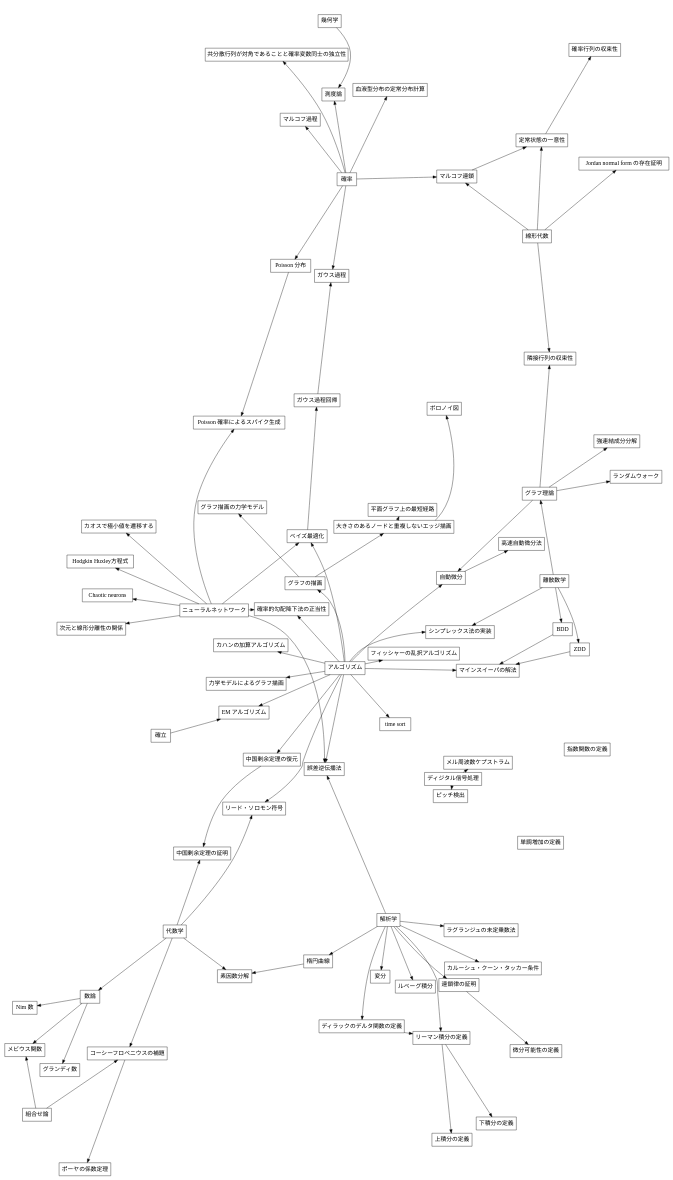
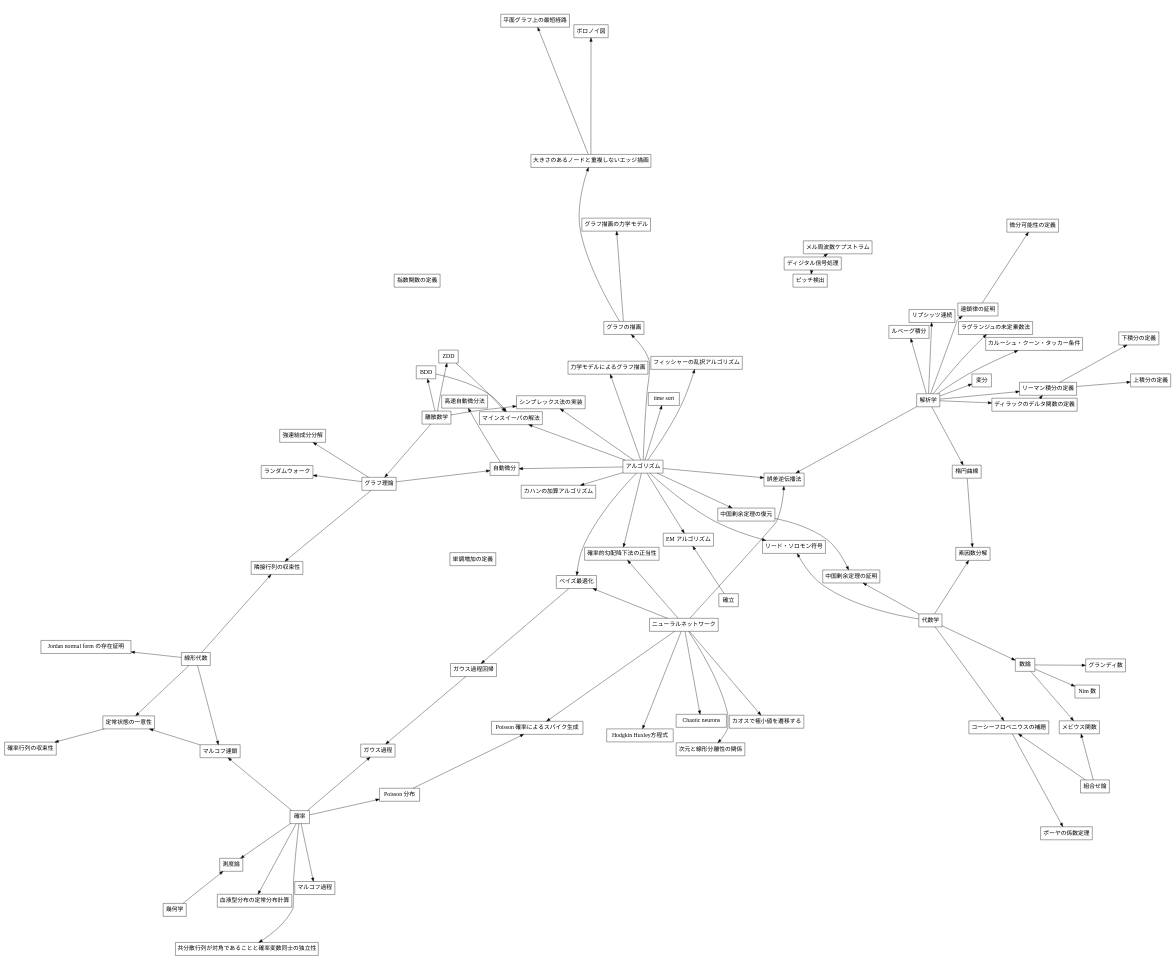
One commit to muushi97/notes changed the diagram in todo/master.dot. Above: the diagram before and after it, drawn with Graphviz. The commit also changed 1 other file, not shown here.

```diff
--- a/todo/master.dot
+++ b/todo/master.dot
@@ -1,186 +1,188 @@
 digraph graph_name {
   graph [
     charset = "UTF-8";
     label = "todo",
     labelloc = "t",
     labeljust = "c",
     bgcolor = "#ffffff",
     fontcolor = white,
     fontsize = 18,
     style = "filled",
     rankdir = TB,
     margin = 0.2,
     splines = spline,
     ranksep = 1.0,
     nodesep = 0.9,
     //layout = dot
     layout = fdp
   ];
 
   node [
     colorscheme = "rdylgn11"
     style = "solid,filled",
     shape = box,
     fontsize = 16,
     fontcolor = black,
     fontname = "Migu 1M",
     color = black,
     fillcolor = white,
   ];
 
 
   // edge define
   "ニューラルネットワーク";
   "解析学"
   "代数学";
   "幾何学";
   "線形代数";
   "確率";
   "組合せ論";
   "離散数学";
   "ディジタル信号処理";
   { "離散数学" } -> "グラフ理論";
   { "代数学" } -> "数論";
   "アルゴリズム";
 
   "単調増加の定義";
   "指数関数の定義";
 
   { "解析学" }                          -> "連鎖律の証明";
 
   { "連鎖律の証明" }                    -> "微分可能性の定義";
 
   { "解析学" }                          -> "ディラックのデルタ関数の定義";
 
   { "解析学";
     "ディラックのデルタ関数の定義" }    -> "リーマン積分の定義";
 
   { "リーマン積分の定義" }              -> "上積分の定義";
 
   { "リーマン積分の定義" }              -> "下積分の定義";
 
   { "確率" }                            -> "マルコフ過程";
 
   { "確率" }                            -> "Poisson 分布";
 
   { "確率" }                            -> "共分散行列が対角であることと確率変数同士の独立性";
 
   { "確率" }                            -> "血液型分布の定常分布計算";
 
   { "ベイズ最適化" }                    -> "ガウス過程回帰";
 
   { "確率";
     "ガウス過程回帰" }                  -> "ガウス過程";
 
   { "グラフ理論";
     "線形代数" }                        -> "隣接行列の収束性";
 
   { "線形代数" }                        -> "Jordan normal form の存在証明";
 
   { "線形代数";
     "確率" }                            -> "マルコフ連鎖";
 
   { "マルコフ連鎖";
     "線形代数" }                        -> "定常状態の一意性";
 
   { "定常状態の一意性" }                -> "確率行列の収束性";
 
   { "アルゴリズム" }                    -> "中国剰余定理の復元";
 
   { "代数学";
     "中国剰余定理の復元" }              -> "中国剰余定理の証明";
 
   { "ニューラルネットワーク" }          -> "Hodgkin Huxley方程式";
 
   { "ニューラルネットワーク";
     "アルゴリズム" }                    -> "確率的勾配降下法の正当性";
 
   { "ニューラルネットワーク";
     "Poisson 分布" }                    -> "Poisson 確率によるスパイク生成";
 
   { "ニューラルネットワーク" }          -> "次元と線形分離性の関係";
 
   { "ニューラルネットワーク" }          -> "Chaotic neurons";
 
   { "ニューラルネットワーク";
     "アルゴリズム" }                    -> "ベイズ最適化";
 
   { "ニューラルネットワーク" }          -> "カオスで極小値を遷移する";
   // ホップフィールドモデルだとエネルギー関数の極小値に記憶がうめこまれる
   // カオスニューラルネットのひとつがホップフィールドネットワークで、海馬でもカオスがみられてる
   // カオスんニューラルネットワークならうまくやればエネルギーの極小値にしばらく留まってから別の極小値へ遷移するようになる
   // これを利用すればネットワークが記憶した内容をとりだせる
 
 
   { "アルゴリズム" }                    -> "フィッシャーの乱択アルゴリズム";
 
   { "アルゴリズム" }                    -> "カハンの加算アルゴリズム";
 
   { "アルゴリズム";
     "離散数学" }                        -> "シンプレックス法の実装";
 
   { "アルゴリズム" }                    -> "力学モデルによるグラフ描画";
 
   { "アルゴリズム" }                    -> "グラフの描画";
   { "グラフの描画" }                    -> "グラフ描画の力学モデル";
 
   { "グラフの描画" }                    -> "大きさのあるノードと重複しないエッジ描画";
   { "大きさのあるノードと重複しないエッジ描画" } -> "ボロノイ図";
   { "大きさのあるノードと重複しないエッジ描画" } -> "平面グラフ上の最短経路";
 
   { "ニューラルネットワーク";
     "解析学";
     "アルゴリズム" }                    -> "誤差逆伝播法";
 
   { "代数学";
     "アルゴリズム" }                    -> "リード・ソロモン符号";
 
   { "代数学";
     "組合せ論" }                        -> "コーシーフロベニウスの補題";
 
   { "コーシーフロベニウスの補題" }      -> "ポーヤの係数定理";
 
   { "グラフ理論" }                      -> "強連結成分分解";
 
   { "グラフ理論" }                      -> "ランダムウォーク";
 
   { "数論";
     "組合せ論" }                        -> "メビウス関数";
 
   { "アルゴリズム";
     "グラフ理論" }                      -> "自動微分";
 
   { "自動微分" }                        -> "高速自動微分法";
 
   { "アルゴリズム";
     "確立" }                            -> "EM アルゴリズム";
 
   { "アルゴリズム" }                    -> "time sort";
 
   { "数論" }                            -> "グランディ数";
   { "数論" }                            -> "Nim 数";
 
   { "離散数学" }                        -> "BDD";
   { "離散数学" }                        -> "ZDD";
 
   { "BDD";
     "ZDD"; 
     "アルゴリズム" }                    -> "マインスイーパの解法";
 
   { "ディジタル信号処理"; }             -> "メル周波数ケプストラム";
   { "ディジタル信号処理"; }             -> "ピッチ検出";
 
   { "解析学"; }                         -> "ラグランジュの未定乗数法";
   { "解析学"; }                         -> "カルーシュ・クーン・タッカー条件";
 
   { "解析学"; }                         -> "楕円曲線";
   { "楕円曲線";
     "代数学"; }                         -> "素因数分解";
 
   { "確率";
     "幾何学"; }                         -> "測度論";
 
   { "解析学"; }                         -> "ルベーグ積分";
 
   { "解析学"; }                         -> "変分"; //?
+
+  { "解析学"; }                         -> "リプシッツ連続";
 }
```
